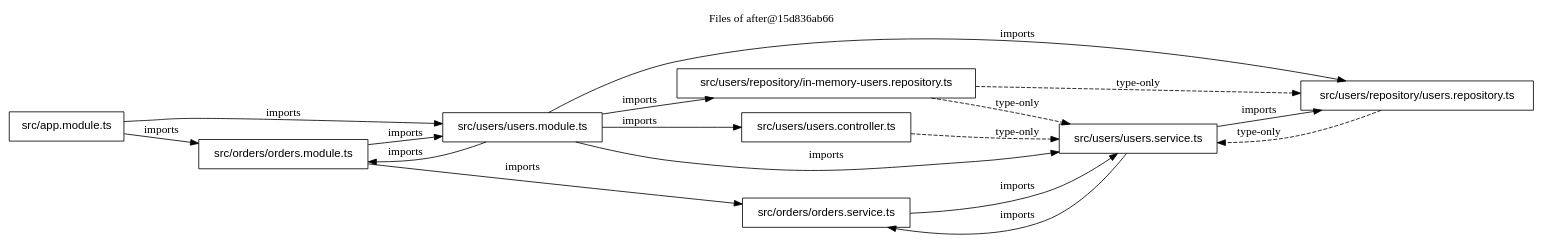
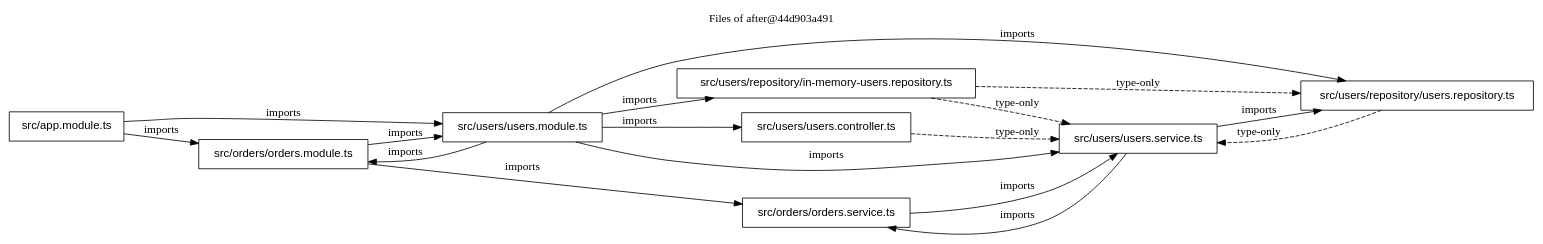
Before and after one commit to FullFran/archsieve: the diagram in examples/nest-shop/files-after.dot, drawn with Graphviz. The commit also changed 6 other files, not shown here.

```diff
--- a/examples/nest-shop/files-after.dot
+++ b/examples/nest-shop/files-after.dot
@@ -1,29 +1,29 @@
 digraph archsieve {
   rankdir=LR;
   node [shape=box, fontname="Helvetica"];
-  label="Files of after@15d836ab66"; labelloc=t;
+  label="Files of after@44d903a491"; labelloc=t;
   "src/app.module.ts" [label="src/app.module.ts"];
   "src/orders/orders.module.ts" [label="src/orders/orders.module.ts"];
   "src/orders/orders.service.ts" [label="src/orders/orders.service.ts"];
   "src/users/repository/in-memory-users.repository.ts" [label="src/users/repository/in-memory-users.repository.ts"];
   "src/users/repository/users.repository.ts" [label="src/users/repository/users.repository.ts"];
   "src/users/users.controller.ts" [label="src/users/users.controller.ts"];
   "src/users/users.module.ts" [label="src/users/users.module.ts"];
   "src/users/users.service.ts" [label="src/users/users.service.ts"];
   "src/app.module.ts" -> "src/orders/orders.module.ts" [label="imports"];
   "src/app.module.ts" -> "src/users/users.module.ts" [label="imports"];
   "src/orders/orders.module.ts" -> "src/orders/orders.service.ts" [label="imports"];
   "src/orders/orders.module.ts" -> "src/users/users.module.ts" [label="imports"];
   "src/orders/orders.service.ts" -> "src/users/users.service.ts" [label="imports"];
   "src/users/repository/in-memory-users.repository.ts" -> "src/users/repository/users.repository.ts" [style=dashed, label="type-only"];
   "src/users/repository/in-memory-users.repository.ts" -> "src/users/users.service.ts" [style=dashed, label="type-only"];
   "src/users/repository/users.repository.ts" -> "src/users/users.service.ts" [style=dashed, label="type-only"];
   "src/users/users.controller.ts" -> "src/users/users.service.ts" [style=dashed, label="type-only"];
   "src/users/users.module.ts" -> "src/orders/orders.module.ts" [label="imports"];
   "src/users/users.module.ts" -> "src/users/repository/in-memory-users.repository.ts" [label="imports"];
   "src/users/users.module.ts" -> "src/users/repository/users.repository.ts" [label="imports"];
   "src/users/users.module.ts" -> "src/users/users.controller.ts" [label="imports"];
   "src/users/users.module.ts" -> "src/users/users.service.ts" [label="imports"];
   "src/users/users.service.ts" -> "src/orders/orders.service.ts" [label="imports"];
   "src/users/users.service.ts" -> "src/users/repository/users.repository.ts" [label="imports"];
 }
```
